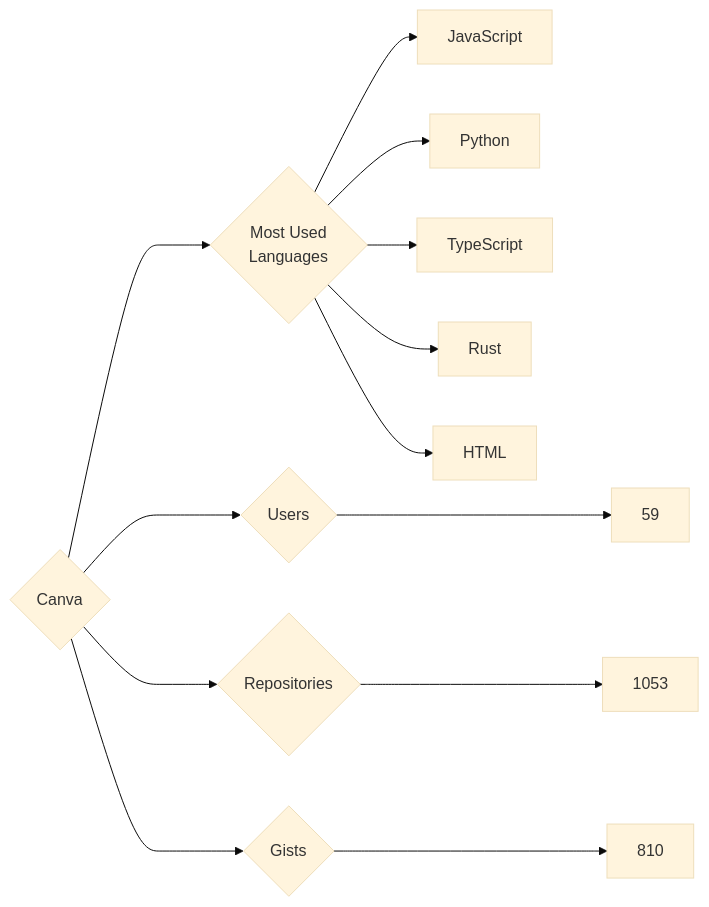
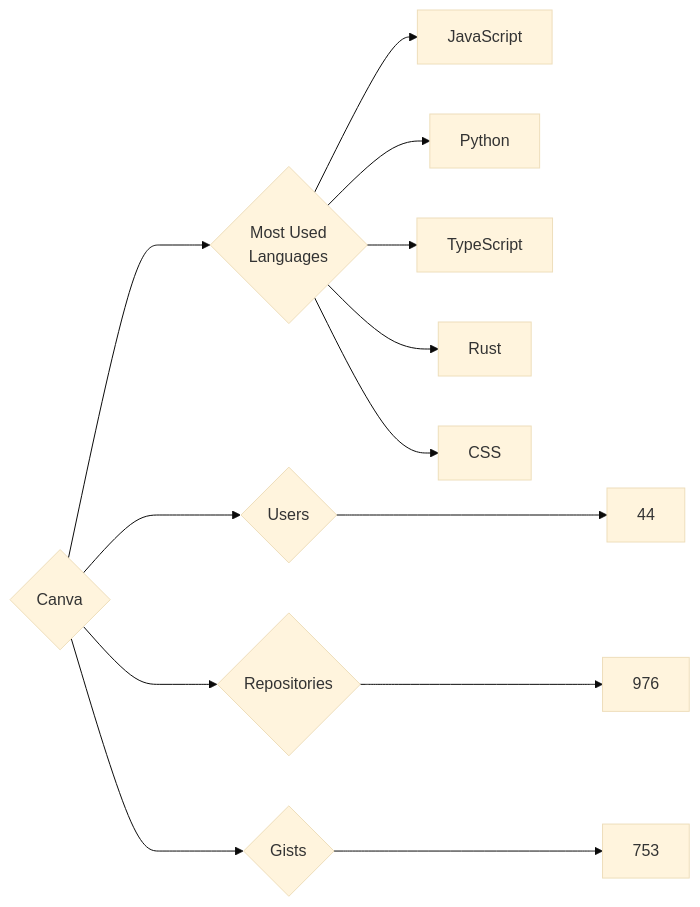
Before and after one commit to trickest/insiders: the diagram in targets/Canva/README.md, drawn with Mermaid (base theme). The commit also changed 912 other files, not shown here.

````diff
--- a/targets/Canva/README.md
+++ b/targets/Canva/README.md
@@ -3,13 +3,13 @@
 ```mermaid
 graph LR
 COMPANY_NAME{Canva}
-COMPANY_NAME ---> U{Users} ---> UN[59]
-COMPANY_NAME ---> R{Repositories} ---> RN[1053]
-COMPANY_NAME ---> G{Gists} ---> GN[810]
+COMPANY_NAME ---> U{Users} ---> UN[44]
+COMPANY_NAME ---> R{Repositories} ---> RN[976]
+COMPANY_NAME ---> G{Gists} ---> GN[753]
 COMPANY_NAME ---> ML{Most Used<br>Languages}
 ML --> JavaScript[JavaScript]
 ML --> Python[Python]
 ML --> TypeScript[TypeScript]
 ML --> Rust[Rust]
-ML --> HTML[HTML]
+ML --> CSS[CSS]
 ```
````
